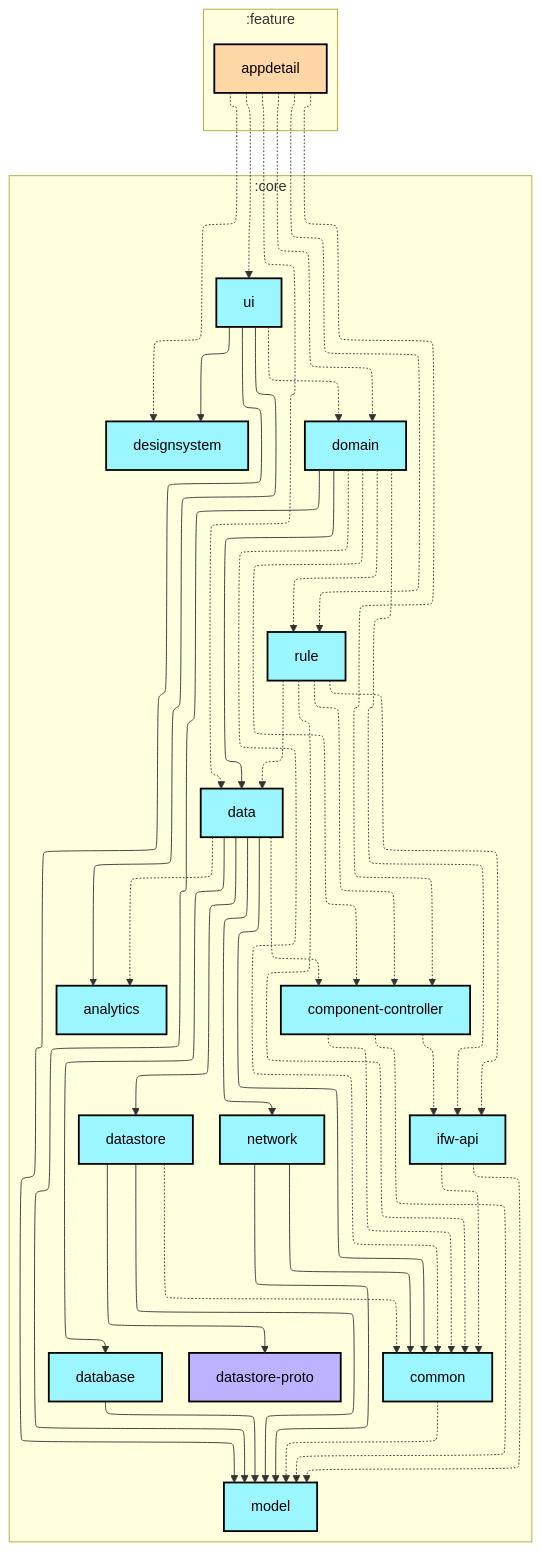
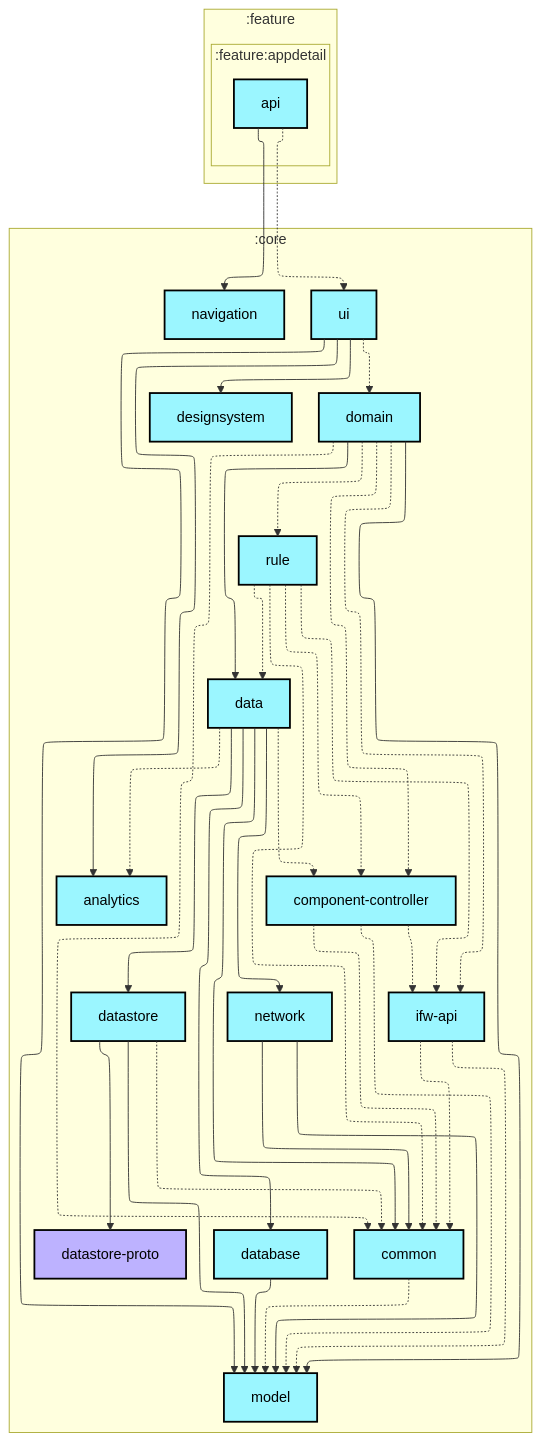
Before and after one commit to lihenggui/blocker: the first of 2 diagrams in feature/appdetail/api/README.md, drawn with Mermaid. The commit also changed 15 other files, not shown here.

Commit message:
🤖 Updates graphs

````diff
--- a/feature/appdetail/api/README.md
+++ b/feature/appdetail/api/README.md
@@ -6,76 +6,76 @@
 ```mermaid
 ---
 config:
   layout: elk
   elk:
     nodePlacementStrategy: SIMPLE
 ---
 graph TB
   subgraph :feature
     direction TB
-    :feature:appdetail[appdetail]:::android-feature
+    subgraph :feature:appdetail
+      direction TB
+      :feature:appdetail:api[api]:::android-library
+    end
   end
   subgraph :core
     direction TB
     :core:analytics[analytics]:::android-library
     :core:common[common]:::android-library
     :core:component-controller[component-controller]:::android-library
     :core:data[data]:::android-library
     :core:database[database]:::android-library
     :core:datastore[datastore]:::android-library
     :core:datastore-proto[datastore-proto]:::jvm-library
     :core:designsystem[designsystem]:::android-library
     :core:domain[domain]:::android-library
     :core:ifw-api[ifw-api]:::android-library
     :core:model[model]:::android-library
+    :core:navigation[navigation]:::android-library
     :core:network[network]:::android-library
     :core:rule[rule]:::android-library
     :core:ui[ui]:::android-library
   end
 
   :core:common -.-> :core:model
   :core:component-controller -.-> :core:common
   :core:component-controller -.-> :core:ifw-api
   :core:component-controller -.-> :core:model
   :core:data -.-> :core:analytics
   :core:data --> :core:common
   :core:data -.-> :core:component-controller
   :core:data --> :core:database
   :core:data --> :core:datastore
   :core:data --> :core:network
   :core:database --> :core:model
   :core:datastore -.-> :core:common
   :core:datastore --> :core:datastore-proto
   :core:datastore --> :core:model
   :core:domain -.-> :core:common
   :core:domain -.-> :core:component-controller
   :core:domain --> :core:data
   :core:domain -.-> :core:ifw-api
   :core:domain --> :core:model
   :core:domain -.-> :core:rule
   :core:ifw-api -.-> :core:common
   :core:ifw-api -.-> :core:model
   :core:network --> :core:common
   :core:network --> :core:model
   :core:rule -.-> :core:common
   :core:rule -.-> :core:component-controller
   :core:rule -.-> :core:data
   :core:rule -.-> :core:ifw-api
   :core:ui --> :core:analytics
   :core:ui --> :core:designsystem
   :core:ui -.-> :core:domain
   :core:ui --> :core:model
-  :feature:appdetail -.-> :core:component-controller
-  :feature:appdetail -.-> :core:data
-  :feature:appdetail -.-> :core:designsystem
-  :feature:appdetail -.-> :core:domain
-  :feature:appdetail -.-> :core:rule
-  :feature:appdetail -.-> :core:ui
+  :feature:appdetail:api --> :core:navigation
+  :feature:appdetail:api -.-> :core:ui
 
 classDef android-application fill:#CAFFBF,stroke:#000,stroke-width:2px,color:#000;
 classDef android-feature fill:#FFD6A5,stroke:#000,stroke-width:2px,color:#000;
 classDef android-library fill:#9BF6FF,stroke:#000,stroke-width:2px,color:#000;
 classDef android-test fill:#A0C4FF,stroke:#000,stroke-width:2px,color:#000;
 classDef jvm-library fill:#BDB2FF,stroke:#000,stroke-width:2px,color:#000;
 classDef unknown fill:#FFADAD,stroke:#000,stroke-width:2px,color:#000;
 ```
````
